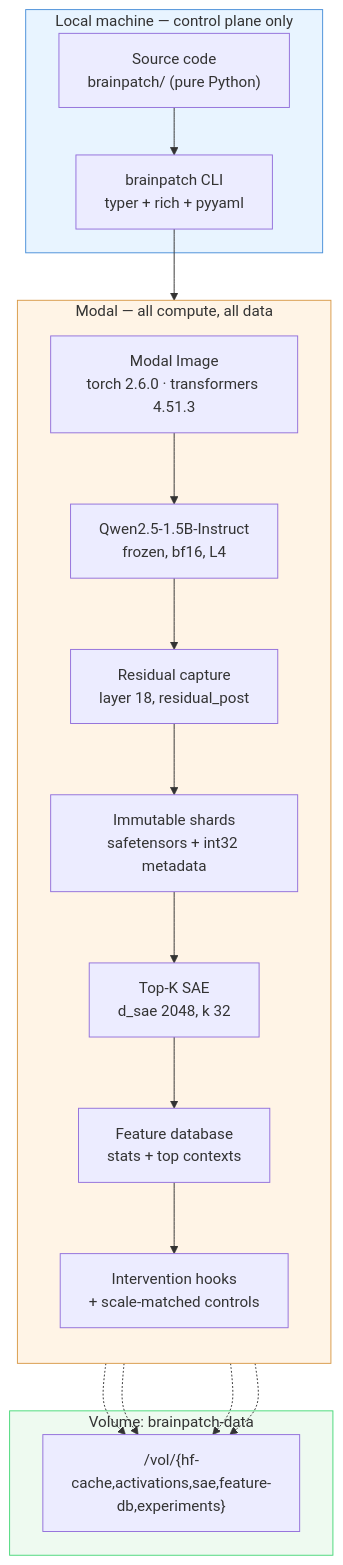
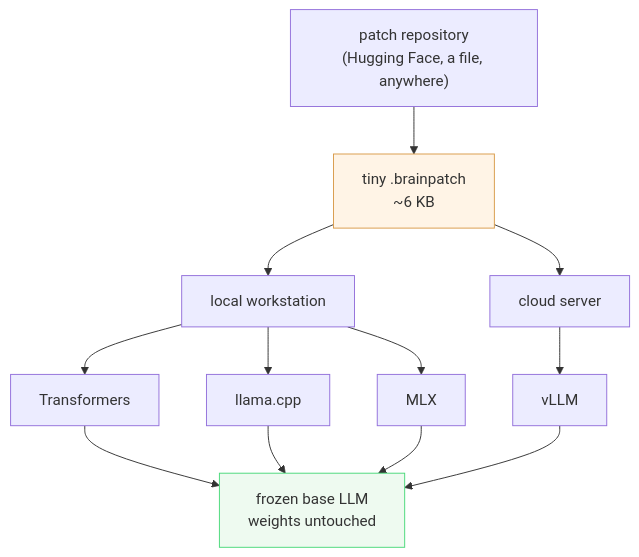
The first of 2 diagrams in README.md (09Catho/BrainPatch), drawn with Mermaid before and after one commit. The commit also changed other lines of this file and 64 other files, not shown here.

````diff
--- a/README.md
+++ b/README.md
@@ -64,33 +168,22 @@
 ```mermaid
 flowchart TD
-    subgraph LOCAL["Local machine — control plane only"]
-        SRC["Source code<br/>brainpatch/ (pure Python)"]
-        CLI["brainpatch CLI<br/>typer + rich + pyyaml"]
-    end
+    REPO["patch repository<br/>(Hugging Face, a file, anywhere)"]
+    ART["tiny .brainpatch<br/>~6 KB"]
+    REPO --> ART
 
-    subgraph MODAL["Modal — all compute, all data"]
-        direction TB
-        IMG["Modal Image<br/>torch 2.6.0 · transformers 4.51.3"]
-        QWEN["Qwen2.5-1.5B-Instruct<br/>frozen, bf16, L4"]
-        HOOK["Residual capture<br/>layer 18, residual_post"]
-        SHARD["Immutable shards<br/>safetensors + int32 metadata"]
-        SAE["Top-K SAE<br/>d_sae 2048, k 32"]
-        FDB["Feature database<br/>stats + top contexts"]
-        INT["Intervention hooks<br/>+ scale-matched controls"]
-    end
+    ART --> LOCAL["local workstation"]
+    ART --> CLOUD["cloud server"]
 
-    subgraph VOL["Volume: brainpatch-data"]
-        V["/vol/{hf-cache,activations,sae,feature-db,experiments}"]
-    end
+    LOCAL --> TF["Transformers"]
+    LOCAL --> LC["llama.cpp"]
+    LOCAL --> MLX["MLX"]
+    CLOUD --> VLLM["vLLM"]
 
-    SRC --> CLI --> IMG
-    IMG --> QWEN --> HOOK --> SHARD --> SAE --> FDB --> INT
-    SHARD -.-> V
-    SAE -.-> V
-    FDB -.-> V
-    INT -.-> V
+    TF --> FROZEN["frozen base LLM<br/>weights untouched"]
+    LC --> FROZEN
+    MLX --> FROZEN
+    VLLM --> FROZEN
 
-    style LOCAL fill:#e8f4ff,stroke:#4a90d9
-    style MODAL fill:#fff4e6,stroke:#d99b4a
-    style VOL fill:#eefaf0,stroke:#4ad97a
+    style ART fill:#fff4e6,stroke:#d99b4a
+    style FROZEN fill:#eefaf0,stroke:#4ad97a
 ```
````
